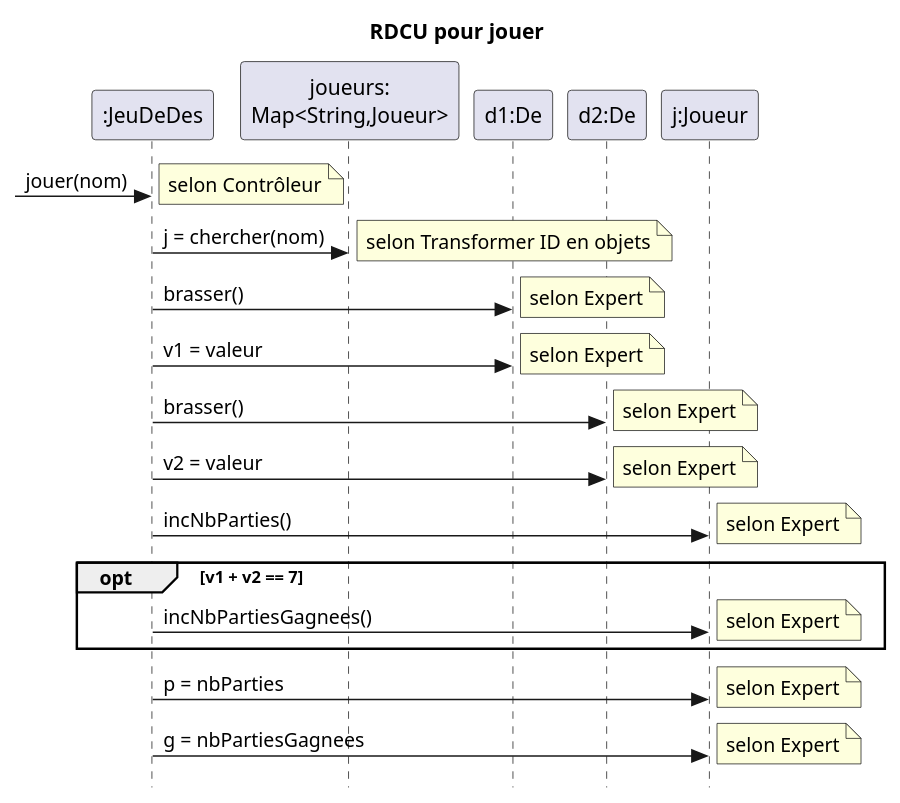
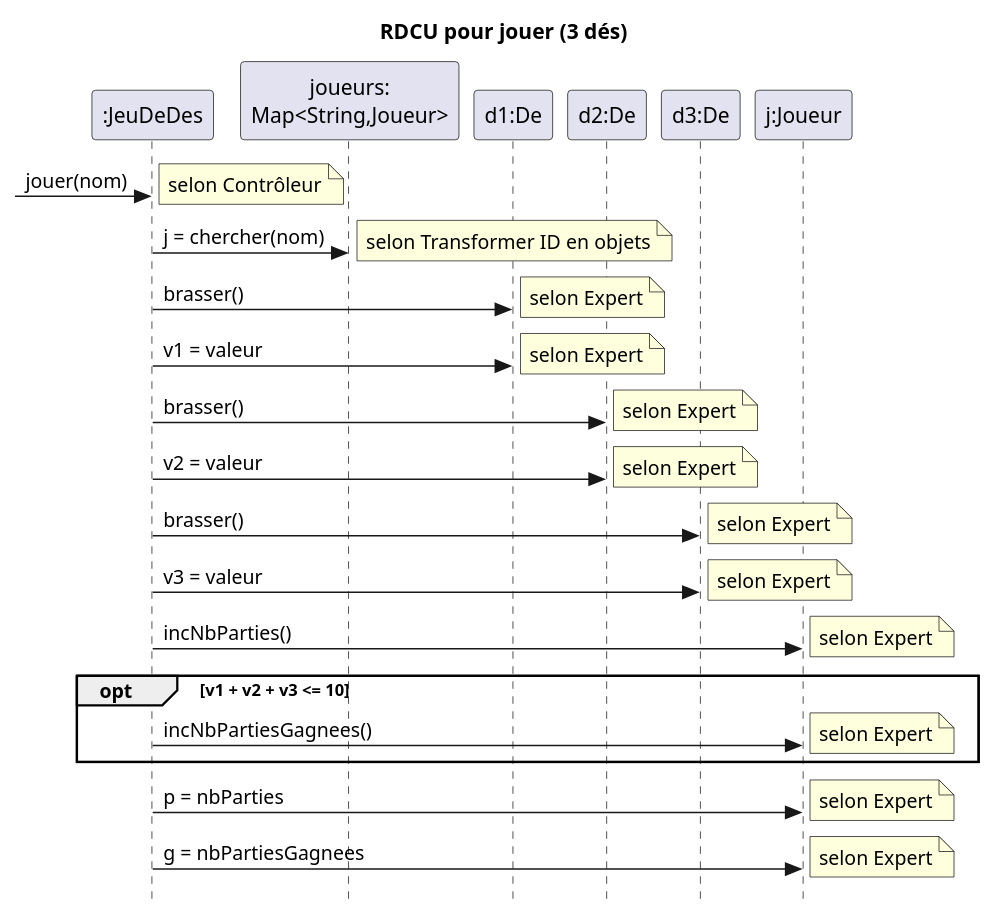
One commit to cc-probitaille/laboratoire-0-williamb0 changed the diagram in docs/modeles/rdcu-jouer.puml. Above: the diagram before and after it, drawn with PlantUML. The commit also changed 14 other files, not shown here.

```diff
--- a/docs/modeles/rdcu-jouer.puml
+++ b/docs/modeles/rdcu-jouer.puml
@@ -1,32 +1,45 @@
 @startuml
 skinparam style strictuml
 skinparam defaultfontname Verdana
-title RDCU pour jouer
+title RDCU pour jouer (3 dés)
+
 participant ":JeuDeDes" as c
 participant "joueurs:\nMap<String,Joueur>" as jm
 participant "d1:De" as d1
 participant "d2:De" as d2
+participant "d3:De" as d3
 participant "j:Joueur" as j
+
 ->c : jouer(nom)
 note right : selon Contrôleur
 c->jm : j = chercher(nom)
 note right : selon Transformer ID en objets
+
 c->d1 : brasser()
 note right : selon Expert
 c->d1 : v1 = valeur
 note right : selon Expert
+
 c->d2 : brasser()
 note right : selon Expert
 c->d2 : v2 = valeur
 note right : selon Expert
+
+c->d3 : brasser()
+note right : selon Expert
+c->d3 : v3 = valeur
+note right : selon Expert
+
 c->j : incNbParties()
 note right : selon Expert
-opt v1 + v2 == 7
+
+opt v1 + v2 + v3 <= 10
   c->j : incNbPartiesGagnees()
   note right : selon Expert
 end opt
+
 c->j : p = nbParties
 note right : selon Expert
 c->j : g = nbPartiesGagnees
 note right : selon Expert
 @enduml
```
